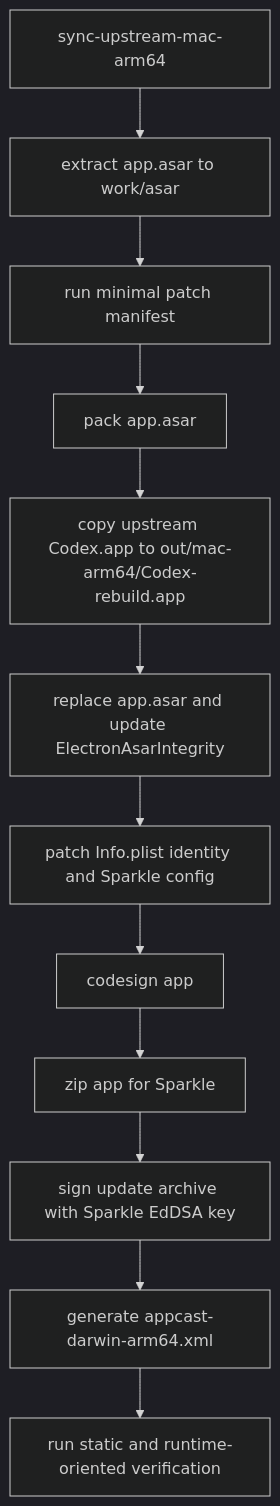
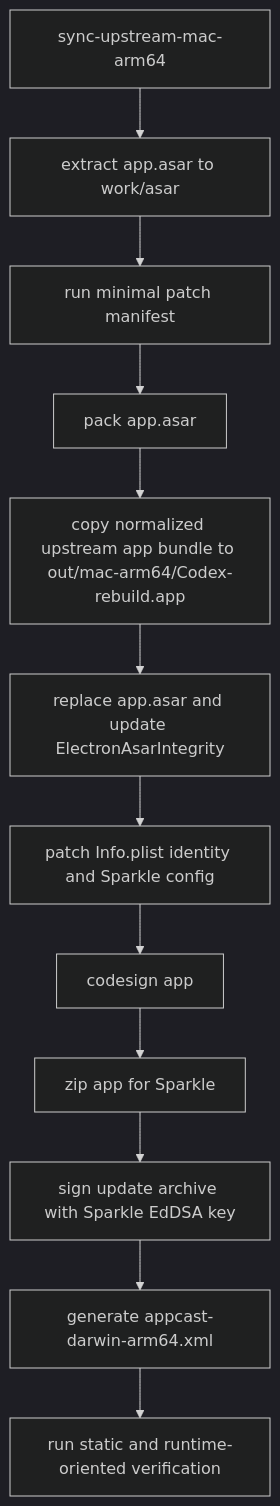
The diagram in doc/design.md (itstarts/codex-app-rebuild), drawn with Mermaid (dark theme) before and after one commit. The commit also changed other lines of this file and 19 other files, not shown here.

````diff
--- a/doc/design.md
+++ b/doc/design.md
@@ -17,14 +17,14 @@
 ```mermaid
 flowchart TD
   A["sync-upstream-mac-arm64"] --> B["extract app.asar to work/asar"]
   B --> C["run minimal patch manifest"]
   C --> D["pack app.asar"]
-  D --> E["copy upstream Codex.app to out/mac-arm64/Codex-rebuild.app"]
+  D --> E["copy normalized upstream app bundle to out/mac-arm64/Codex-rebuild.app"]
   E --> F["replace app.asar and update ElectronAsarIntegrity"]
   F --> G["patch Info.plist identity and Sparkle config"]
   G --> H["codesign app"]
   H --> I["zip app for Sparkle"]
   I --> J["sign update archive with Sparkle EdDSA key"]
   J --> K["generate appcast-darwin-arm64.xml"]
   K --> L["run static and runtime-oriented verification"]
 ```
````
